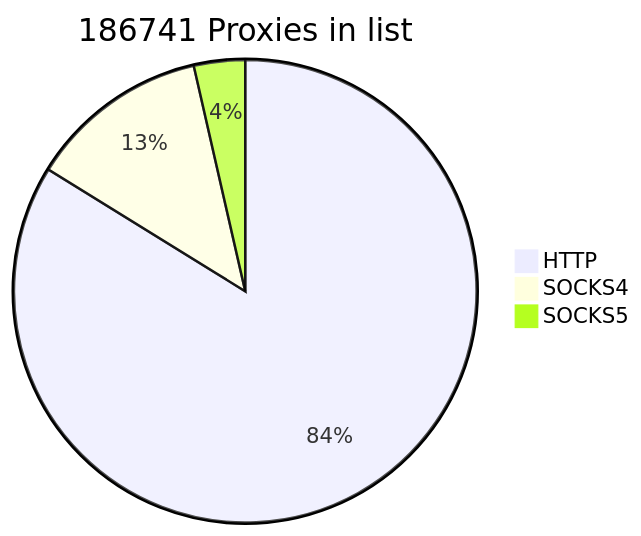
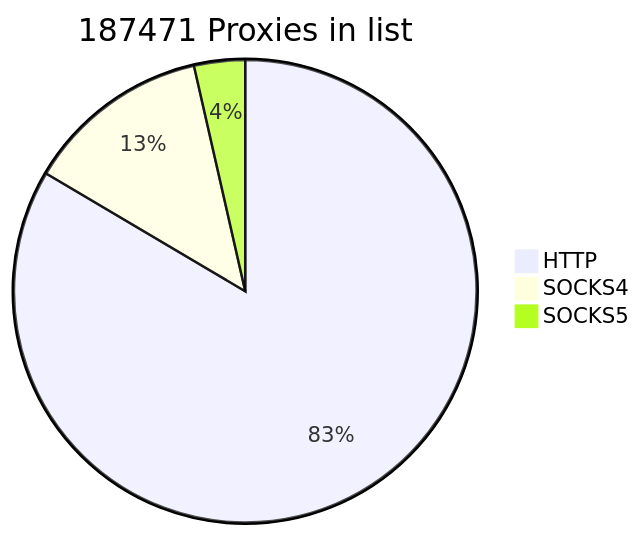
The first of 2 diagrams in README.md (cutipu/proxylist), drawn with Mermaid before and after one commit. The commit also changed other lines of this file, not shown here.

````diff
--- a/README.md
+++ b/README.md
@@ -2,7 +2,7 @@
 ```mermaid
-pie title 186741 Proxies in list
-    "HTTP" : 156513
-    "SOCKS4" : 23550
+pie title 187471 Proxies in list
+    "HTTP" : 156538
+    "SOCKS4" : 24255
     "SOCKS5" : 6678
             
 ```
````
